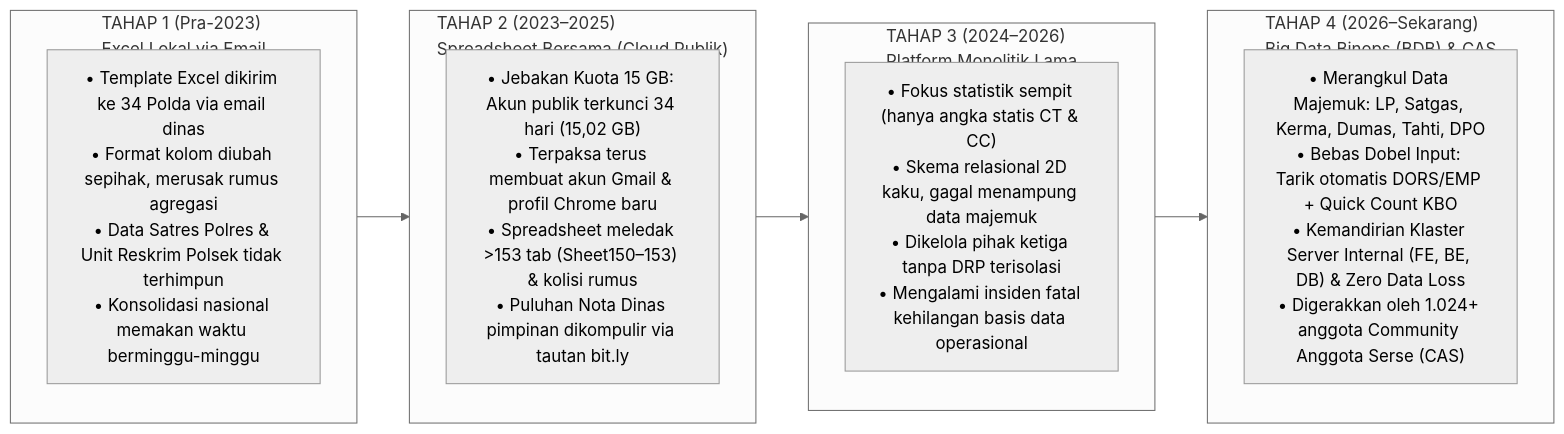
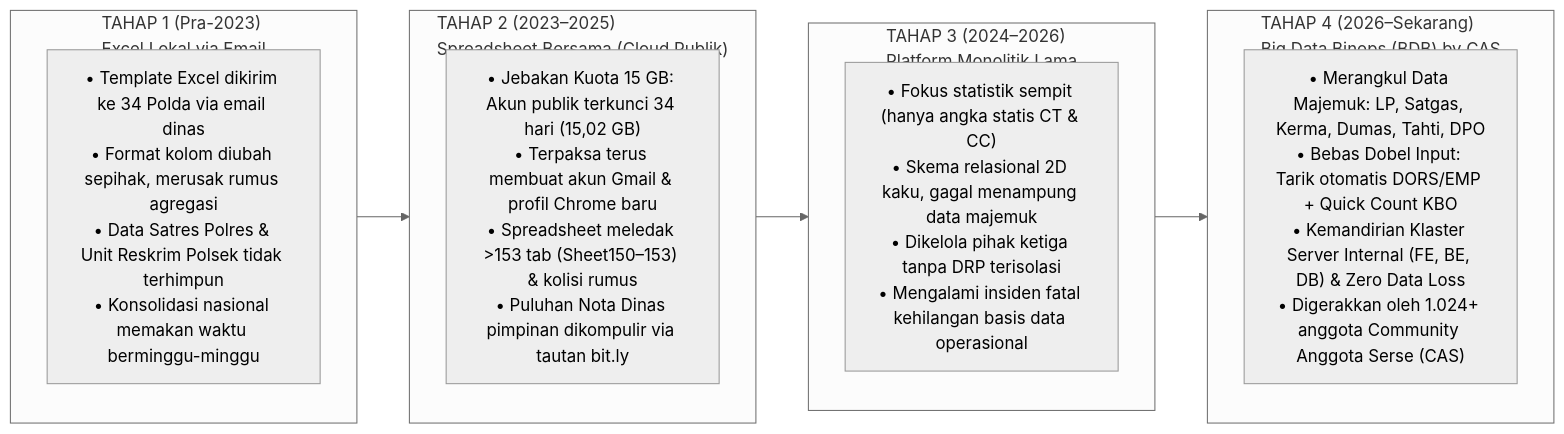
Before and after one commit to omeko42/big-data-binops: the first of 2 diagrams in README.id.md, drawn with Mermaid (neutral theme). The commit also changed 7 other files, not shown here.

Commit message:
chore(rebrand): standardize platform branding to Big Data Binops (BDB) by Community Anggota Serse (CAS)

````diff
--- a/README.id.md
+++ b/README.id.md
@@ -25,20 +25,20 @@
 ```mermaid
 flowchart LR
     subgraph T1["TAHAP 1 (Pra-2023)\nExcel Lokal via Email"]
         T1D["• Template Excel dikirim ke 34 Polda via email dinas\n• Format kolom diubah sepihak, merusak rumus agregasi\n• Data Satres Polres & Unit Reskrim Polsek tidak terhimpun\n• Konsolidasi nasional memakan waktu berminggu-minggu"]
     end
 
     subgraph T2["TAHAP 2 (2023–2025)\nSpreadsheet Bersama (Cloud Publik)"]
         T2D["• Jebakan Kuota 15 GB: Akun publik terkunci 34 hari (15,02 GB)\n• Terpaksa terus membuat akun Gmail & profil Chrome baru\n• Spreadsheet meledak >153 tab (Sheet150–153) & kolisi rumus\n• Puluhan Nota Dinas pimpinan dikompulir via tautan bit.ly"]
     end
 
     subgraph T3["TAHAP 3 (2024–2026)\nPlatform Monolitik Lama"]
         T3D["• Fokus statistik sempit (hanya angka statis CT & CC)\n• Skema relasional 2D kaku, gagal menampung data majemuk\n• Dikelola pihak ketiga tanpa DRP terisolasi\n• Mengalami insiden fatal kehilangan basis data operasional"]
     end
 
-    subgraph T4["TAHAP 4 (2026–Sekarang)\nBig Data Binops (BDB) & CAS"]
+    subgraph T4["TAHAP 4 (2026–Sekarang)\nBig Data Binops (BDB) by CAS"]
         T4D["• Merangkul Data Majemuk: LP, Satgas, Kerma, Dumas, Tahti, DPO\n• Bebas Dobel Input: Tarik otomatis DORS/EMP + Quick Count KBO\n• Kemandirian Klaster Server Internal (FE, BE, DB) & Zero Data Loss\n• Digerakkan oleh 1.024+ anggota Community Anggota Serse (CAS)"]
     end
 
     T1 --> T2 --> T3 --> T4
 ```
````
